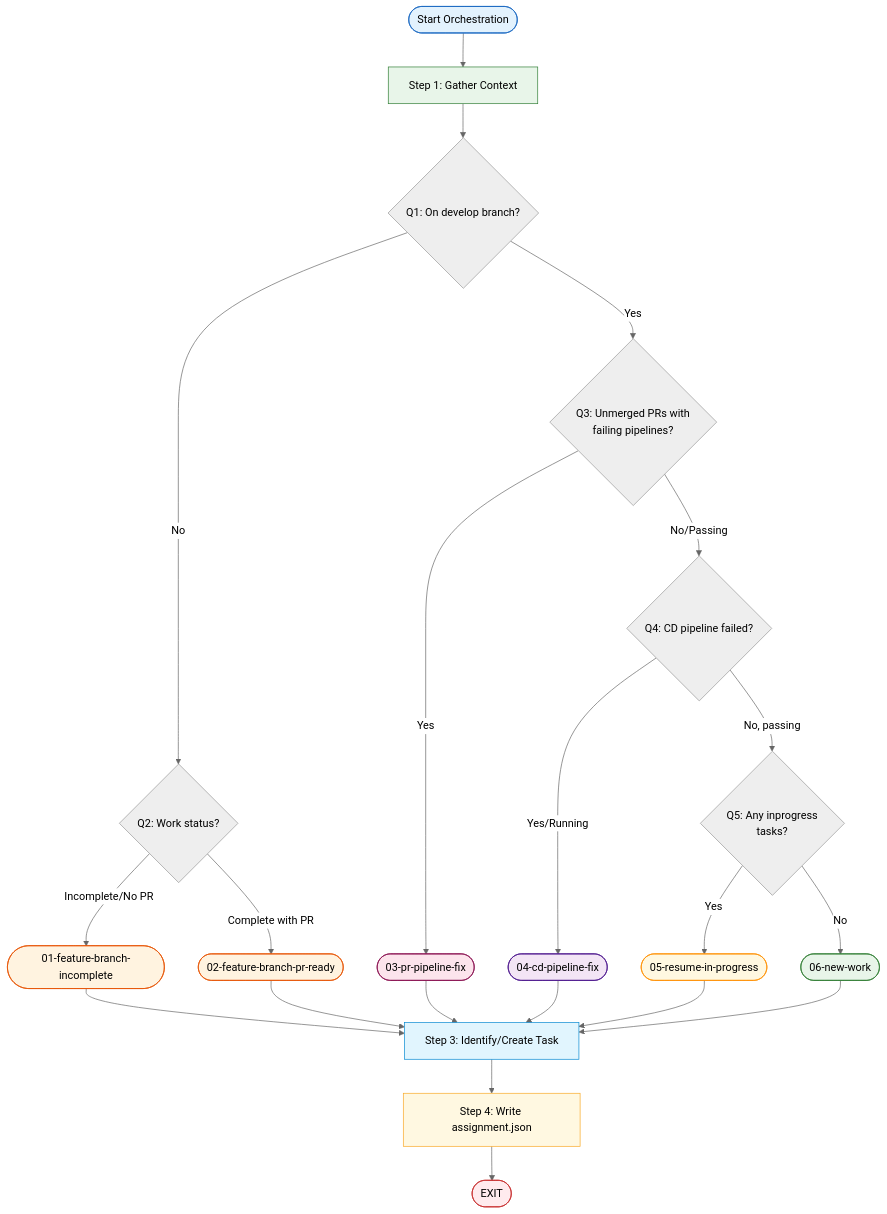
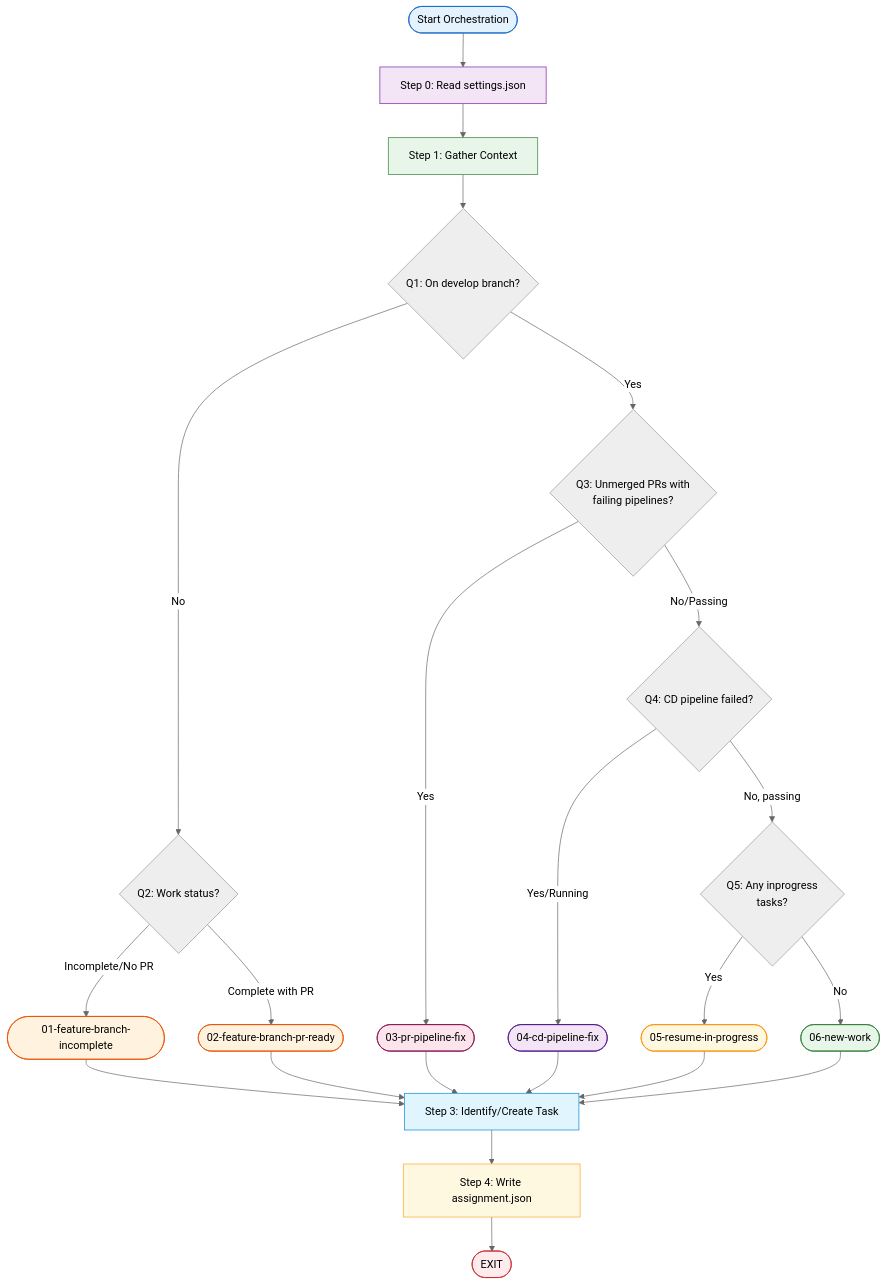
One commit to htxryan/ralph-tui changed the diagram in templates/orchestrate.md. Above: the diagram before and after it, drawn with Mermaid (neutral theme). The commit also changed other lines of this file, not shown here.

````diff
--- a/templates/orchestrate.md
+++ b/templates/orchestrate.md
@@ -259,43 +232,45 @@
 ```mermaid
 flowchart TD
-    START([Start Orchestration]) --> GATHER[Step 1: Gather Context]
+    START([Start Orchestration]) --> CONFIG[Step 0: Read settings.json]
+    CONFIG --> GATHER[Step 1: Gather Context]
 
     GATHER --> Q1{Q1: On develop branch?}
 
     Q1 -->|No| Q2{Q2: Work status?}
     Q2 -->|Incomplete/No PR| W1([01-feature-branch-incomplete])
     Q2 -->|Complete with PR| W2([02-feature-branch-pr-ready])
 
     Q1 -->|Yes| Q3{Q3: Unmerged PRs with<br/>failing pipelines?}
     Q3 -->|Yes| W3([03-pr-pipeline-fix])
     Q3 -->|No/Passing| Q4{Q4: CD pipeline failed?}
 
     Q4 -->|Yes/Running| W4([04-cd-pipeline-fix])
     Q4 -->|No, passing| Q5{Q5: Any inprogress<br/>tasks?}
 
     Q5 -->|Yes| W5([05-resume-in-progress])
     Q5 -->|No| W6([06-new-work])
 
     W1 --> TASK[Step 3: Identify/Create Task]
     W2 --> TASK
     W3 --> TASK
     W4 --> TASK
     W5 --> TASK
     W6 --> TASK
 
     TASK --> WRITE[Step 4: Write assignment.json]
     WRITE --> DONE([EXIT])
 
     style START fill:#e3f2fd,stroke:#1565c0
+    style CONFIG fill:#f3e5f5,stroke:#7b1fa2
     style GATHER fill:#e8f5e9,stroke:#2e7d32
     style TASK fill:#e1f5fe,stroke:#0288d1
     style WRITE fill:#fff8e1,stroke:#f9a825
     style DONE fill:#ffebee,stroke:#c62828
 
     style W1 fill:#fff3e0,stroke:#e65100
     style W2 fill:#fff3e0,stroke:#e65100
     style W3 fill:#fce4ec,stroke:#880e4f
     style W4 fill:#f3e5f5,stroke:#4a148c
     style W5 fill:#fff8e1,stroke:#ff8f00
     style W6 fill:#e8f5e9,stroke:#2e7d32
 ```
````
